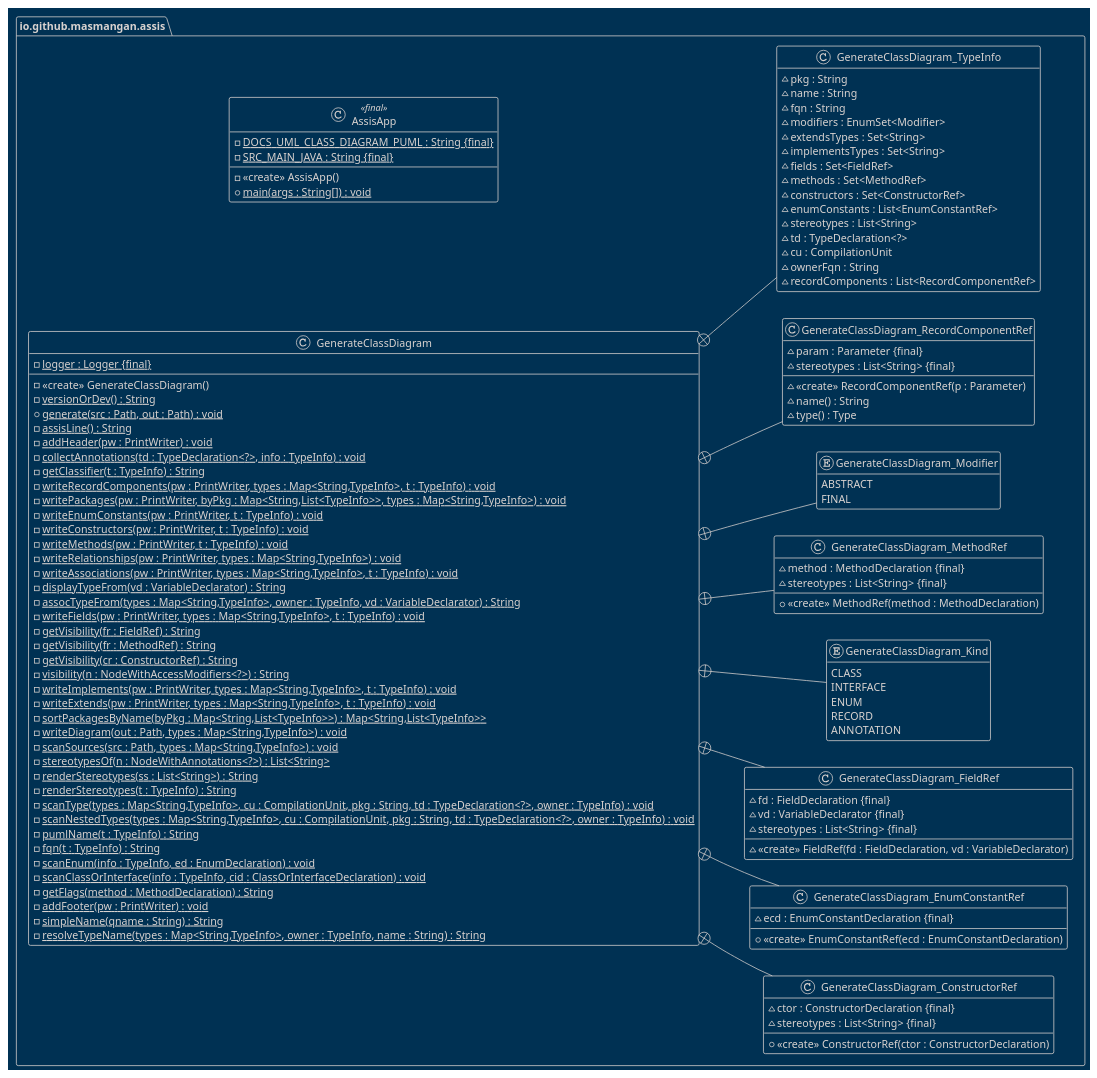
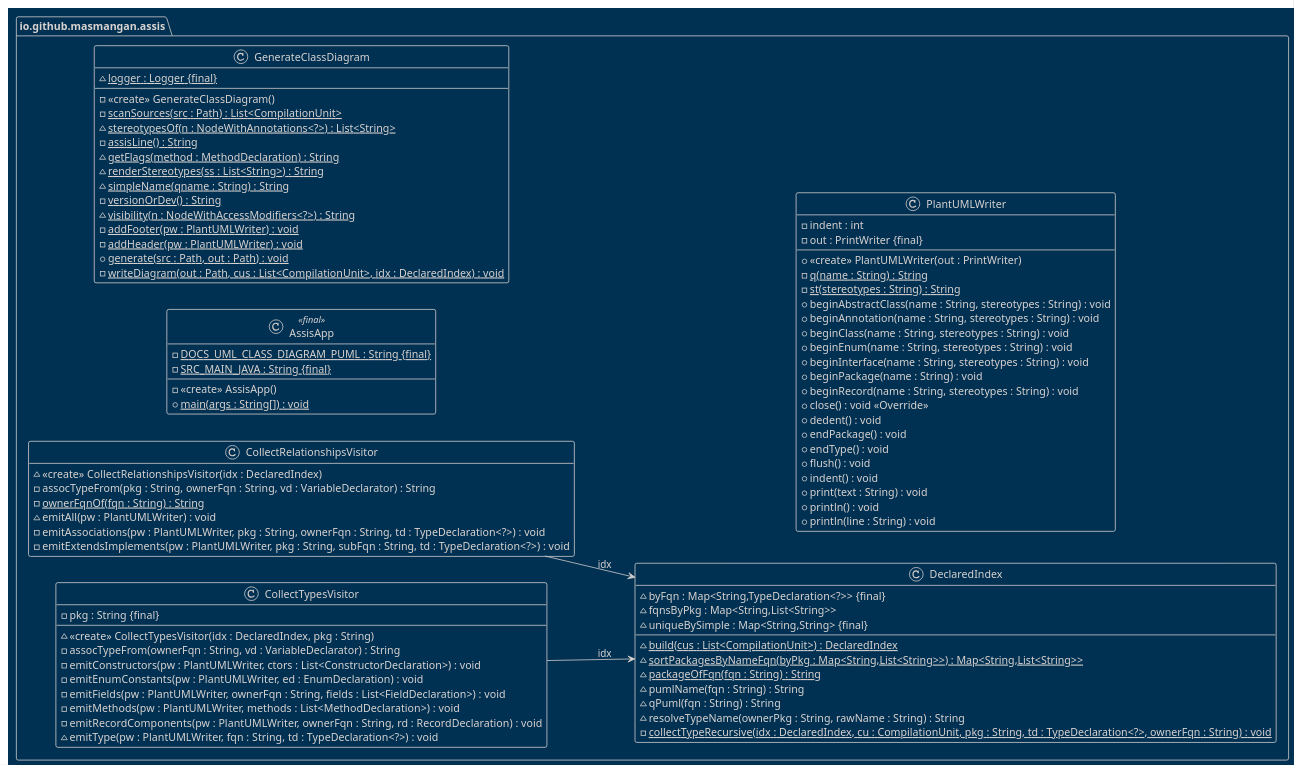
Before and after one commit to masmangan/assis: the diagram in assis-core/docs/diagrams/src/class-diagram.puml, drawn with PlantUML. The commit also changed 5 other files, not shown here.

```diff
--- a/assis-core/docs/diagrams/src/class-diagram.puml
+++ b/assis-core/docs/diagrams/src/class-diagram.puml
@@ -1,128 +1,94 @@
 @startuml class-diagram
 
 hide empty members
 
 !theme blueprint
 !pragma useIntermediatePackages false
 
 package "io.github.masmangan.assis" {
-class "io.github.masmangan.assis.AssisApp" <<final>> {
-  - {static} DOCS_UML_CLASS_DIAGRAM_PUML : String {final}
-  - {static} SRC_MAIN_JAVA : String {final}
-  - <<create>> AssisApp()
-  + main(args : String[]) : void {static}
+  class "io.github.masmangan.assis.AssisApp" <<final>> {
+    - {static} DOCS_UML_CLASS_DIAGRAM_PUML : String {final}
+    - {static} SRC_MAIN_JAVA : String {final}
+    - <<create>> AssisApp()
+    + main(args : String[]) : void {static}
+  }
+  class "io.github.masmangan.assis.CollectRelationshipsVisitor" {
+    ~ <<create>> CollectRelationshipsVisitor(idx : DeclaredIndex)
+    - assocTypeFrom(pkg : String, ownerFqn : String, vd : VariableDeclarator) : String
+    - ownerFqnOf(fqn : String) : String {static}
+    ~ emitAll(pw : PlantUMLWriter) : void
+    - emitAssociations(pw : PlantUMLWriter, pkg : String, ownerFqn : String, td : TypeDeclaration<?>) : void
+    - emitExtendsImplements(pw : PlantUMLWriter, pkg : String, subFqn : String, td : TypeDeclaration<?>) : void
+  }
+  class "io.github.masmangan.assis.CollectTypesVisitor" {
+    - pkg : String {final}
+    ~ <<create>> CollectTypesVisitor(idx : DeclaredIndex, pkg : String)
+    - assocTypeFrom(ownerFqn : String, vd : VariableDeclarator) : String
+    - emitConstructors(pw : PlantUMLWriter, ctors : List<ConstructorDeclaration>) : void
+    - emitEnumConstants(pw : PlantUMLWriter, ed : EnumDeclaration) : void
+    - emitFields(pw : PlantUMLWriter, ownerFqn : String, fields : List<FieldDeclaration>) : void
+    - emitMethods(pw : PlantUMLWriter, methods : List<MethodDeclaration>) : void
+    - emitRecordComponents(pw : PlantUMLWriter, ownerFqn : String, rd : RecordDeclaration) : void
+    ~ emitType(pw : PlantUMLWriter, fqn : String, td : TypeDeclaration<?>) : void
+  }
+  class "io.github.masmangan.assis.DeclaredIndex" {
+    ~ byFqn : Map<String,TypeDeclaration<?>> {final}
+    ~ fqnsByPkg : Map<String,List<String>>
+    ~ uniqueBySimple : Map<String,String> {final}
+    ~ build(cus : List<CompilationUnit>) : DeclaredIndex {static}
+    ~ sortPackagesByNameFqn(byPkg : Map<String,List<String>>) : Map<String,List<String>> {static}
+    ~ packageOfFqn(fqn : String) : String {static}
+    ~ pumlName(fqn : String) : String
+    ~ qPuml(fqn : String) : String
+    ~ resolveTypeName(ownerPkg : String, rawName : String) : String
+    - collectTypeRecursive(idx : DeclaredIndex, cu : CompilationUnit, pkg : String, td : TypeDeclaration<?>, ownerFqn : String) : void {static}
+  }
+  class "io.github.masmangan.assis.GenerateClassDiagram" {
+    ~ {static} logger : Logger {final}
+    - <<create>> GenerateClassDiagram()
+    - scanSources(src : Path) : List<CompilationUnit> {static}
+    ~ stereotypesOf(n : NodeWithAnnotations<?>) : List<String> {static}
+    - assisLine() : String {static}
+    ~ getFlags(method : MethodDeclaration) : String {static}
+    ~ renderStereotypes(ss : List<String>) : String {static}
+    ~ simpleName(qname : String) : String {static}
+    - versionOrDev() : String {static}
+    ~ visibility(n : NodeWithAccessModifiers<?>) : String {static}
+    - addFooter(pw : PlantUMLWriter) : void {static}
+    - addHeader(pw : PlantUMLWriter) : void {static}
+    + generate(src : Path, out : Path) : void {static}
+    - writeDiagram(out : Path, cus : List<CompilationUnit>, idx : DeclaredIndex) : void {static}
+  }
+  class "io.github.masmangan.assis.PlantUMLWriter" {
+    - indent : int
+    - out : PrintWriter {final}
+    + <<create>> PlantUMLWriter(out : PrintWriter)
+    - q(name : String) : String {static}
+    - st(stereotypes : String) : String {static}
+    + beginAbstractClass(name : String, stereotypes : String) : void
+    + beginAnnotation(name : String, stereotypes : String) : void
+    + beginClass(name : String, stereotypes : String) : void
+    + beginEnum(name : String, stereotypes : String) : void
+    + beginInterface(name : String, stereotypes : String) : void
+    + beginPackage(name : String) : void
+    + beginRecord(name : String, stereotypes : String) : void
+    + close() : void <<Override>>
+    + dedent() : void
+    + endPackage() : void
+    + endType() : void
+    + flush() : void
+    + indent() : void
+    + print(text : String) : void
+    + println() : void
+    + println(line : String) : void
+  }
 }
-class "io.github.masmangan.assis.GenerateClassDiagram" {
-  - {static} logger : Logger {final}
-  - <<create>> GenerateClassDiagram()
-  - versionOrDev() : String {static}
-  + generate(src : Path, out : Path) : void {static}
-  - assisLine() : String {static}
-  - addHeader(pw : PrintWriter) : void {static}
-  - collectAnnotations(td : TypeDeclaration<?>, info : TypeInfo) : void {static}
-  - getClassifier(t : TypeInfo) : String {static}
-  - writeRecordComponents(pw : PrintWriter, types : Map<String,TypeInfo>, t : TypeInfo) : void {static}
-  - writePackages(pw : PrintWriter, byPkg : Map<String,List<TypeInfo>>, types : Map<String,TypeInfo>) : void {static}
-  - writeEnumConstants(pw : PrintWriter, t : TypeInfo) : void {static}
-  - writeConstructors(pw : PrintWriter, t : TypeInfo) : void {static}
-  - writeMethods(pw : PrintWriter, t : TypeInfo) : void {static}
-  - writeRelationships(pw : PrintWriter, types : Map<String,TypeInfo>) : void {static}
-  - writeAssociations(pw : PrintWriter, types : Map<String,TypeInfo>, t : TypeInfo) : void {static}
-  - displayTypeFrom(vd : VariableDeclarator) : String {static}
-  - assocTypeFrom(types : Map<String,TypeInfo>, owner : TypeInfo, vd : VariableDeclarator) : String {static}
-  - writeFields(pw : PrintWriter, types : Map<String,TypeInfo>, t : TypeInfo) : void {static}
-  - getVisibility(fr : FieldRef) : String {static}
-  - getVisibility(fr : MethodRef) : String {static}
-  - getVisibility(cr : ConstructorRef) : String {static}
-  - visibility(n : NodeWithAccessModifiers<?>) : String {static}
-  - writeImplements(pw : PrintWriter, types : Map<String,TypeInfo>, t : TypeInfo) : void {static}
-  - writeExtends(pw : PrintWriter, types : Map<String,TypeInfo>, t : TypeInfo) : void {static}
-  - sortPackagesByName(byPkg : Map<String,List<TypeInfo>>) : Map<String,List<TypeInfo>> {static}
-  - writeDiagram(out : Path, types : Map<String,TypeInfo>) : void {static}
-  - scanSources(src : Path, types : Map<String,TypeInfo>) : void {static}
-  - stereotypesOf(n : NodeWithAnnotations<?>) : List<String> {static}
-  - renderStereotypes(ss : List<String>) : String {static}
-  - renderStereotypes(t : TypeInfo) : String {static}
-  - scanType(types : Map<String,TypeInfo>, cu : CompilationUnit, pkg : String, td : TypeDeclaration<?>, owner : TypeInfo) : void {static}
-  - scanNestedTypes(types : Map<String,TypeInfo>, cu : CompilationUnit, pkg : String, td : TypeDeclaration<?>, owner : TypeInfo) : void {static}
-  - pumlName(t : TypeInfo) : String {static}
-  - fqn(t : TypeInfo) : String {static}
-  - scanEnum(info : TypeInfo, ed : EnumDeclaration) : void {static}
-  - scanClassOrInterface(info : TypeInfo, cid : ClassOrInterfaceDeclaration) : void {static}
-  - getFlags(method : MethodDeclaration) : String {static}
-  - addFooter(pw : PrintWriter) : void {static}
-  - simpleName(qname : String) : String {static}
-  - resolveTypeName(types : Map<String,TypeInfo>, owner : TypeInfo, name : String) : String {static}
-}
-class "io.github.masmangan.assis.GenerateClassDiagram_ConstructorRef" {
-  ~ ctor : ConstructorDeclaration {final}
-  ~ stereotypes : List<String> {final}
-  + <<create>> ConstructorRef(ctor : ConstructorDeclaration)
-}
-class "io.github.masmangan.assis.GenerateClassDiagram_EnumConstantRef" {
-  ~ ecd : EnumConstantDeclaration {final}
-  + <<create>> EnumConstantRef(ecd : EnumConstantDeclaration)
-}
-class "io.github.masmangan.assis.GenerateClassDiagram_FieldRef" {
-  ~ fd : FieldDeclaration {final}
-  ~ vd : VariableDeclarator {final}
-  ~ stereotypes : List<String> {final}
-  ~ <<create>> FieldRef(fd : FieldDeclaration, vd : VariableDeclarator)
-}
-enum "io.github.masmangan.assis.GenerateClassDiagram_Kind" {
-  CLASS
-  INTERFACE
-  ENUM
-  RECORD
-  ANNOTATION
-}
-class "io.github.masmangan.assis.GenerateClassDiagram_MethodRef" {
-  ~ method : MethodDeclaration {final}
-  ~ stereotypes : List<String> {final}
-  + <<create>> MethodRef(method : MethodDeclaration)
-}
-enum "io.github.masmangan.assis.GenerateClassDiagram_Modifier" {
-  ABSTRACT
-  FINAL
-}
-class "io.github.masmangan.assis.GenerateClassDiagram_RecordComponentRef" {
-  ~ param : Parameter {final}
-  ~ stereotypes : List<String> {final}
-  ~ <<create>> RecordComponentRef(p : Parameter)
-  ~ name() : String
-  ~ type() : Type
-}
-class "io.github.masmangan.assis.GenerateClassDiagram_TypeInfo" {
-  ~ pkg : String
-  ~ name : String
-  ~ fqn : String
-  ~ modifiers : EnumSet<Modifier>
-  ~ extendsTypes : Set<String>
-  ~ implementsTypes : Set<String>
-  ~ fields : Set<FieldRef>
-  ~ methods : Set<MethodRef>
-  ~ constructors : Set<ConstructorRef>
-  ~ enumConstants : List<EnumConstantRef>
-  ~ stereotypes : List<String>
-  ~ td : TypeDeclaration<?>
-  ~ cu : CompilationUnit
-  ~ ownerFqn : String
-  ~ recordComponents : List<RecordComponentRef>
-}
-}
-"io.github.masmangan.assis.GenerateClassDiagram" +-- "io.github.masmangan.assis.GenerateClassDiagram_Kind"
-"io.github.masmangan.assis.GenerateClassDiagram" +-- "io.github.masmangan.assis.GenerateClassDiagram_Modifier"
-"io.github.masmangan.assis.GenerateClassDiagram" +-- "io.github.masmangan.assis.GenerateClassDiagram_RecordComponentRef"
-"io.github.masmangan.assis.GenerateClassDiagram" +-- "io.github.masmangan.assis.GenerateClassDiagram_EnumConstantRef"
-"io.github.masmangan.assis.GenerateClassDiagram" +-- "io.github.masmangan.assis.GenerateClassDiagram_FieldRef"
-"io.github.masmangan.assis.GenerateClassDiagram" +-- "io.github.masmangan.assis.GenerateClassDiagram_ConstructorRef"
-"io.github.masmangan.assis.GenerateClassDiagram" +-- "io.github.masmangan.assis.GenerateClassDiagram_MethodRef"
-"io.github.masmangan.assis.GenerateClassDiagram" +-- "io.github.masmangan.assis.GenerateClassDiagram_TypeInfo"
-"io.github.masmangan.assis.GenerateClassDiagram.TypeInfo" --> "io.github.masmangan.assis.GenerateClassDiagram.Kind" : kind
+"io.github.masmangan.assis.CollectRelationshipsVisitor" --> "io.github.masmangan.assis.DeclaredIndex" : idx
+"io.github.masmangan.assis.CollectTypesVisitor" --> "io.github.masmangan.assis.DeclaredIndex" : idx
 
 left to right direction
 
 ' Generated with ASSIS (Java -> UML)
 ' https://github.com/masmangan/assis
 
 @enduml
```
